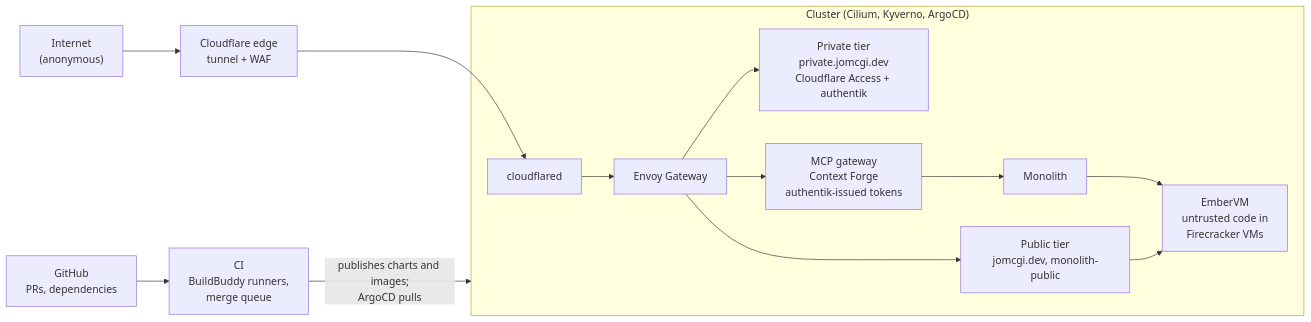
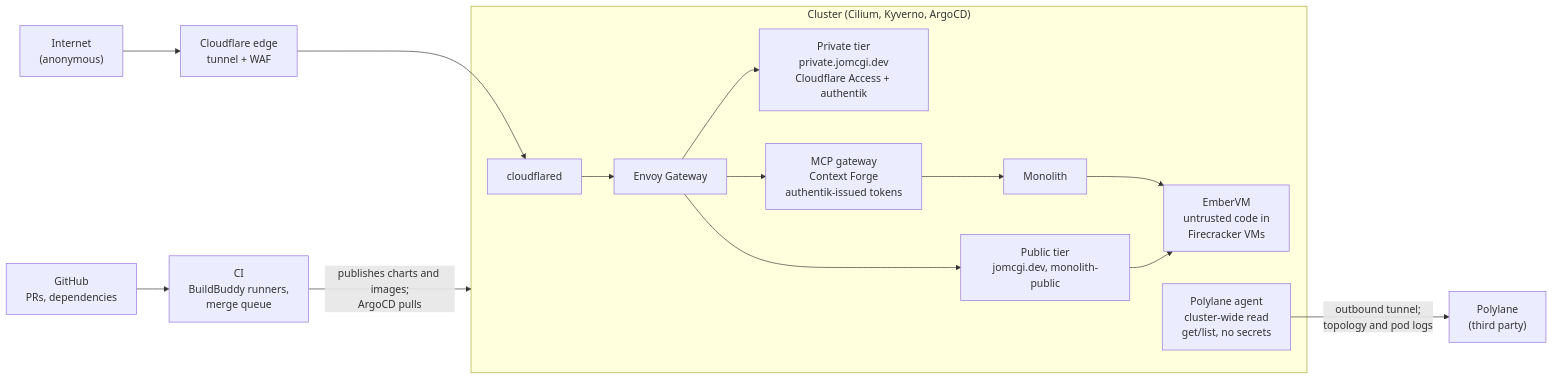
The diagram in docs/THREAT-MODEL.md (jomcgi-org/homelab), drawn with Mermaid before and after one commit. The commit also changed other lines of this file and 5 other files, not shown here.

````diff
--- a/docs/THREAT-MODEL.md
+++ b/docs/THREAT-MODEL.md
@@ -26,16 +26,18 @@
 ```mermaid
 graph LR
     I["Internet<br/>(anonymous)"] --> CFE["Cloudflare edge<br/>tunnel + WAF"]
     GH["GitHub<br/>PRs, dependencies"] --> CI["CI<br/>BuildBuddy runners,<br/>merge queue"]
     CFE --> CFD
     CI -- "publishes charts and images;<br/>ArgoCD pulls" --> K8S
     subgraph K8S ["Cluster (Cilium, Kyverno, ArgoCD)"]
         CFD["cloudflared"] --> GW["Envoy Gateway"]
         GW --> PUB["Public tier<br/>jomcgi.dev, monolith-public"]
         GW --> PRIV["Private tier<br/>private.jomcgi.dev<br/>Cloudflare Access + authentik"]
         GW --> MCP["MCP gateway<br/>Context Forge<br/>authentik-issued tokens"]
         MCP --> MONO["Monolith"]
         MONO --> EVM["EmberVM<br/>untrusted code in<br/>Firecracker VMs"]
         PUB --> EVM
+        POLY["Polylane agent<br/>cluster-wide read<br/>get/list, no secrets"]
     end
+    POLY -- "outbound tunnel;<br/>topology and pod logs" --> PL["Polylane<br/>(third party)"]
 ```
````
